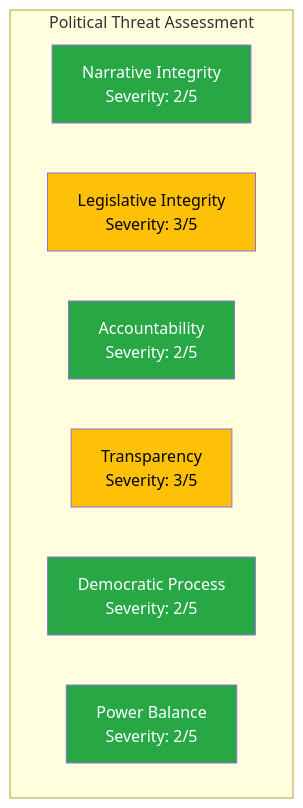
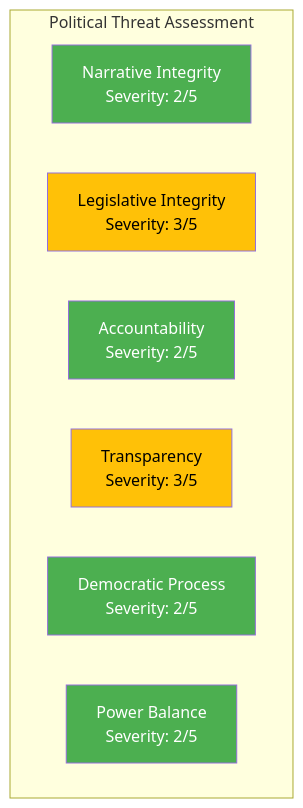
Before and after one commit to Hack23/riksdagsmonitor: the diagram in analysis/daily/2026-04-03/motions/threat-analysis.md, drawn with Mermaid. The commit also changed 785 other files, not shown here.

First line of the commit message:
Normalize mermaid colors across 786 analysis artifacts to ISMS Style Guide palette

````diff
--- a/analysis/daily/2026-04-03/motions/threat-analysis.md
+++ b/analysis/daily/2026-04-03/motions/threat-analysis.md
@@ -10,17 +10,17 @@
 ```mermaid
 flowchart TB
     subgraph Threats["Political Threat Assessment"]
         NI["Narrative Integrity<br/>Severity: 2/5"]
         LI["Legislative Integrity<br/>Severity: 3/5"]
         AC["Accountability<br/>Severity: 2/5"]
         TR["Transparency<br/>Severity: 3/5"]
         DP["Democratic Process<br/>Severity: 2/5"]
         PB["Power Balance<br/>Severity: 2/5"]
     end
-    style NI fill:#28a745,color:#fff
-    style LI fill:#ffc107,color:#000
-    style AC fill:#28a745,color:#fff
-    style TR fill:#ffc107,color:#000
-    style DP fill:#28a745,color:#fff
-    style PB fill:#28a745,color:#fff
+    style NI fill:#4CAF50,color:#FFFFFF
+    style LI fill:#FFC107,color:#000000
+    style AC fill:#4CAF50,color:#FFFFFF
+    style TR fill:#FFC107,color:#000000
+    style DP fill:#4CAF50,color:#FFFFFF
+    style PB fill:#4CAF50,color:#FFFFFF
 ```
````
